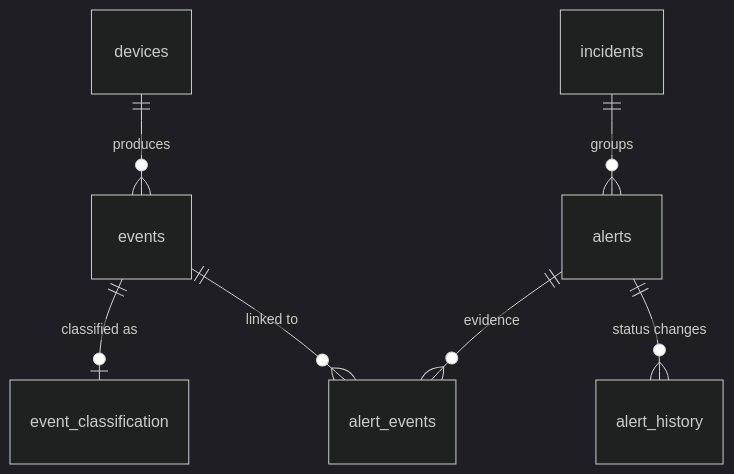
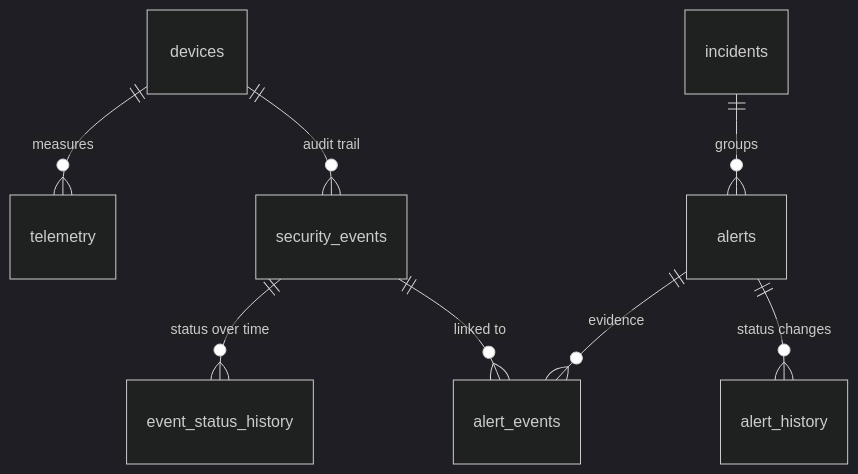
The second of 3 diagrams in docs/architecture.md (kgiannopoulou/Smart-FridgeGuard), drawn with Mermaid (dark theme) before and after one commit. The commit also changed other lines of this file and 13 other files, not shown here.

Commit message:
Phase 2 Step 7: centralized SQLite event database for telemetry and security audit events

````diff
--- a/docs/architecture.md
+++ b/docs/architecture.md
@@ -195,9 +196,10 @@
 ```mermaid
 erDiagram
-    devices ||--o{ events : produces
-    events ||--o| event_classification : "classified as"
+    devices ||--o{ telemetry : measures
+    devices ||--o{ security_events : "audit trail"
+    security_events ||--o{ event_status_history : "status over time"
     alerts ||--o{ alert_events : "evidence"
-    events ||--o{ alert_events : "linked to"
+    security_events ||--o{ alert_events : "linked to"
     alerts ||--o{ alert_history : "status changes"
     incidents ||--o{ alerts : groups
 ```
````
